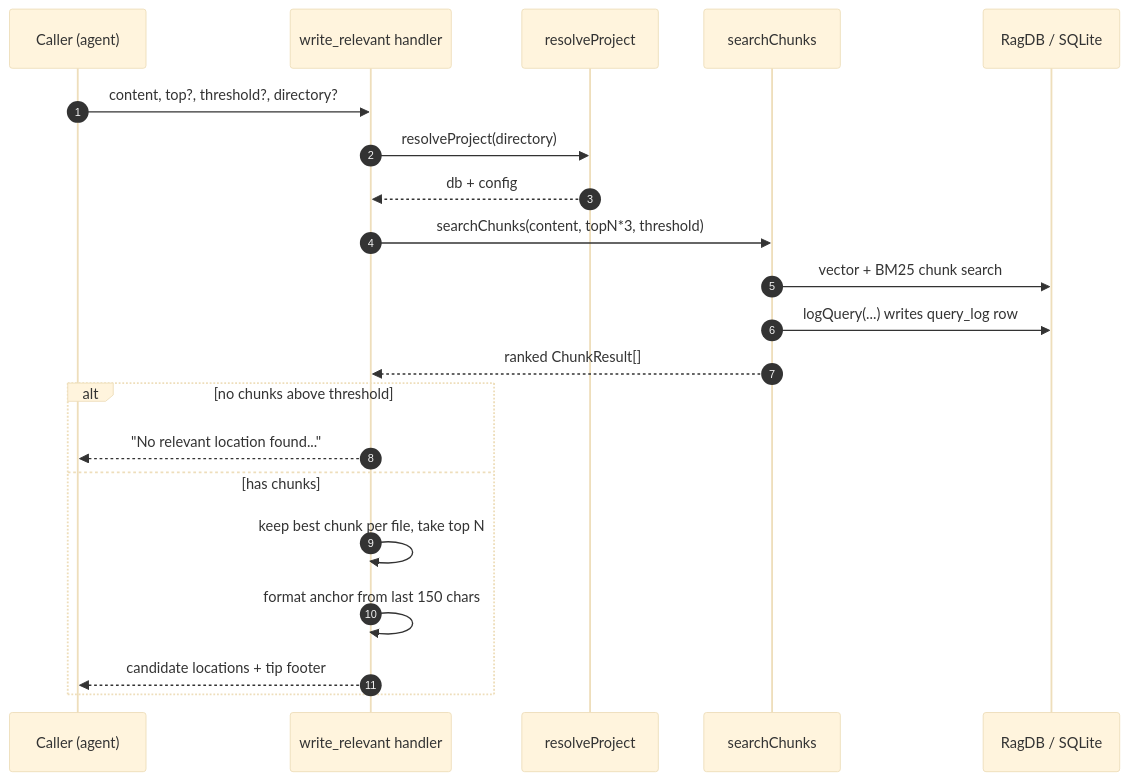
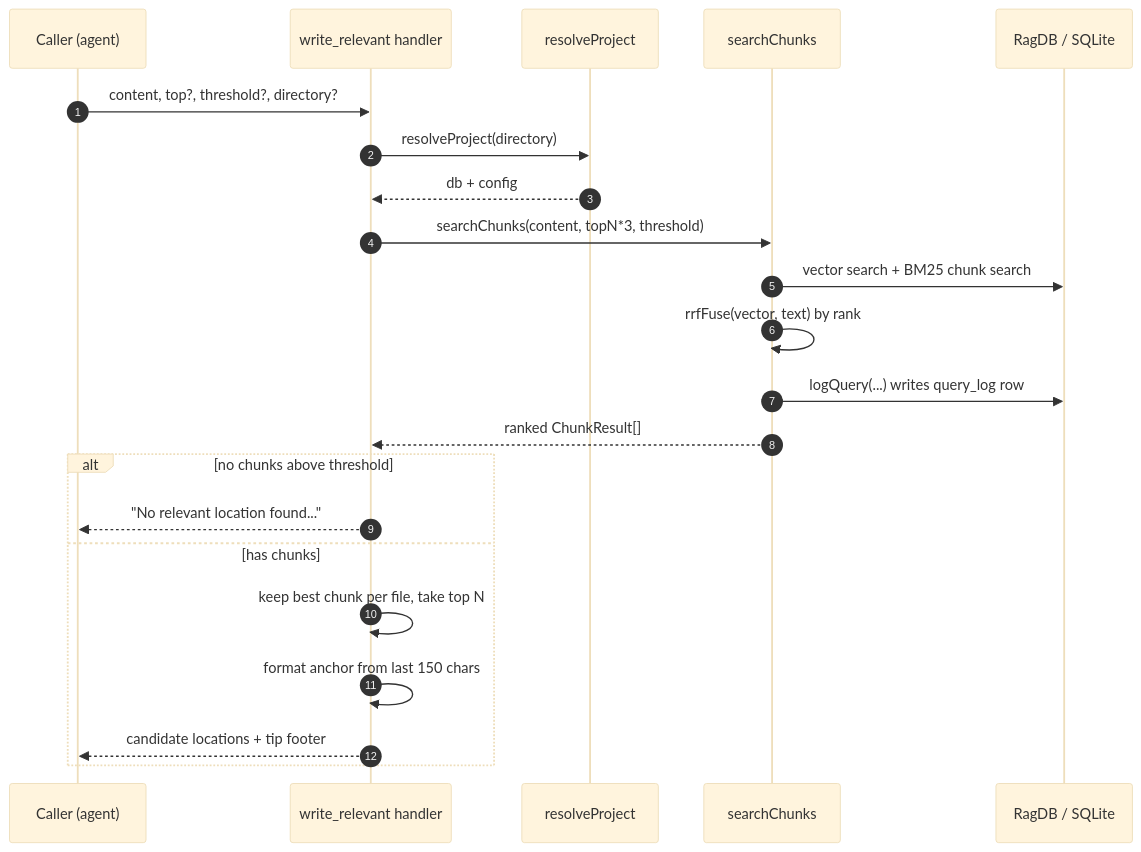
Before and after one commit to TheWinci/mimirs: the diagram in wiki/tools/write-relevant.md, drawn with Mermaid (base theme). The commit also changed other lines of this file and 47 other files, not shown here.

````diff
--- a/wiki/tools/write-relevant.md
+++ b/wiki/tools/write-relevant.md
@@ -35,23 +35,24 @@
 ```mermaid
 sequenceDiagram
     autonumber
     participant Caller as Caller (agent)
     participant Tool as write_relevant handler
     participant Proj as resolveProject
     participant SC as searchChunks
     participant DB as RagDB / SQLite
     Caller->>Tool: content, top?, threshold?, directory?
     Tool->>Proj: resolveProject(directory)
     Proj-->>Tool: db + config
     Tool->>SC: searchChunks(content, topN*3, threshold)
-    SC->>DB: vector + BM25 chunk search
+    SC->>DB: vector search + BM25 chunk search
+    SC->>SC: rrfFuse(vector, text) by rank
     SC->>DB: logQuery(...) writes query_log row
     SC-->>Tool: ranked ChunkResult[]
     alt no chunks above threshold
         Tool-->>Caller: "No relevant location found..."
     else has chunks
         Tool->>Tool: keep best chunk per file, take top N
         Tool->>Tool: format anchor from last 150 chars
         Tool-->>Caller: candidate locations + tip footer
     end
 ```
````
